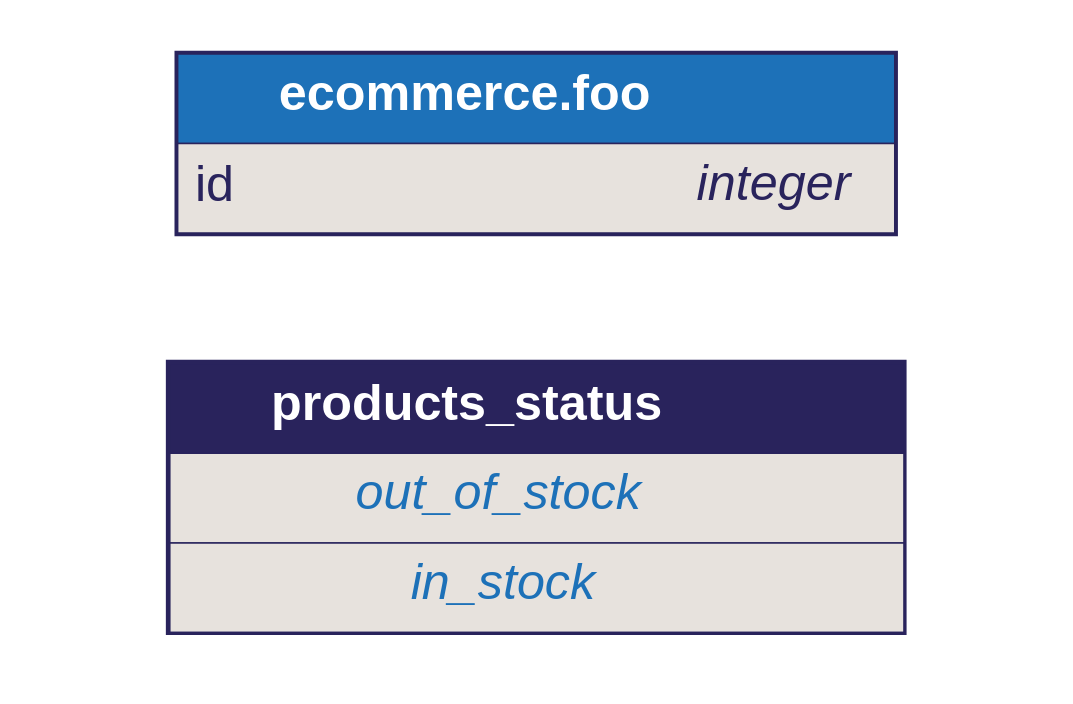
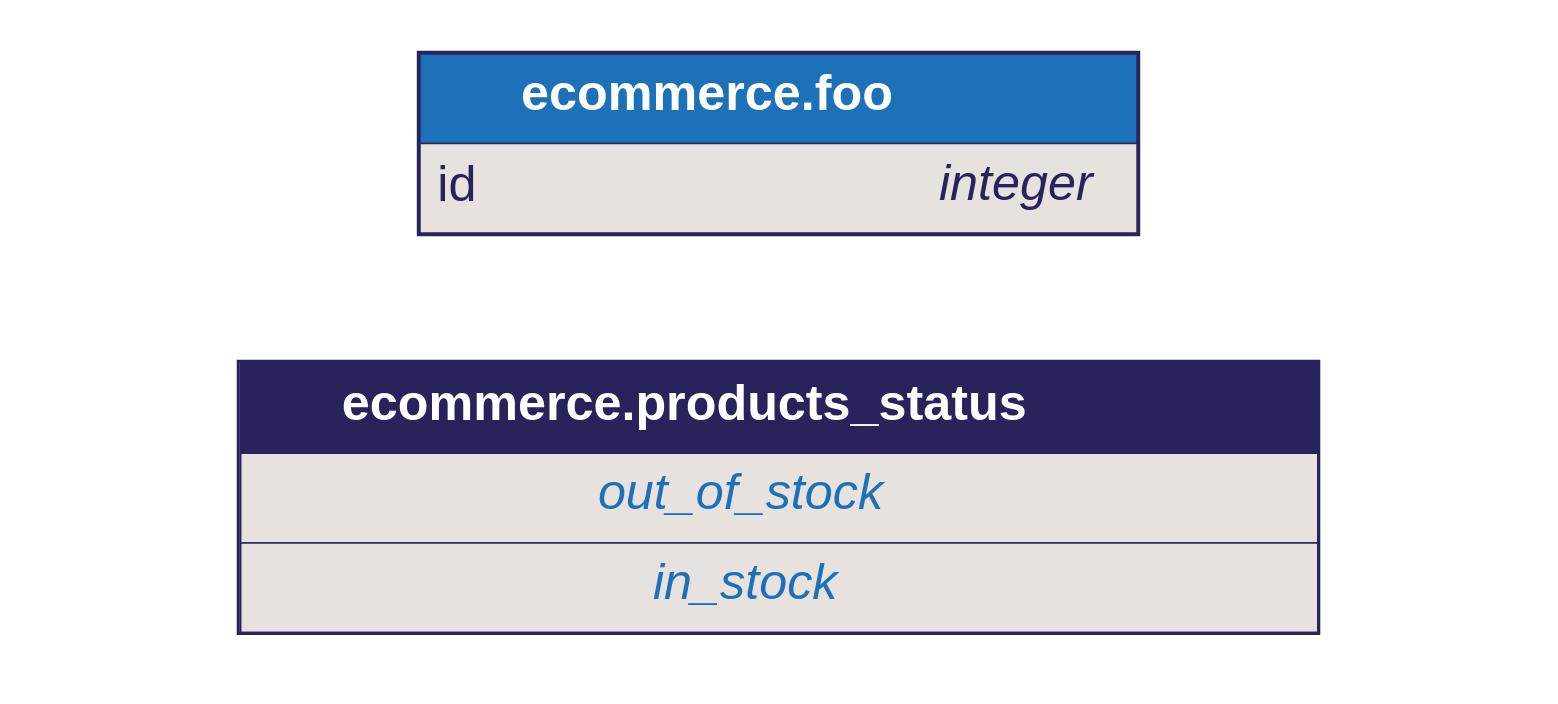
One commit to softwaretechnik-berlin/dbml-renderer changed the diagram in examples/issue-26.dbml.dot. Above: the diagram before and after it, drawn with Graphviz. The commit also changed 14 other files, not shown here.

First line of the commit message:
Render schema name when rendering enum

```diff
--- a/examples/issue-26.dbml.dot
+++ b/examples/issue-26.dbml.dot
@@ -1,26 +1,26 @@
 digraph dbml {
       rankdir=LR;
       graph [fontname="helvetica", fontsize=32, fontcolor="#29235c", bgcolor="transparent"];
       node [penwidth=0, margin=0, fontname="helvetica", fontsize=32, fontcolor="#29235c"];
       edge [fontname="helvetica", fontsize=32, fontcolor="#29235c", color="#29235c"];
 
-      "products_status" [id=products_status;label=<<TABLE BORDER="2" COLOR="#29235c" CELLBORDER="1" CELLSPACING="0" CELLPADDING="10">
-    <TR><TD PORT="f0" BGCOLOR="#29235c"><FONT COLOR="#ffffff"><B>       products_status       </B></FONT></TD></TR>
+      "ecommerce.products_status" [id="ecommerce.products_status";label=<<TABLE BORDER="2" COLOR="#29235c" CELLBORDER="1" CELLSPACING="0" CELLPADDING="10">
+    <TR><TD PORT="f0" BGCOLOR="#29235c"><FONT COLOR="#ffffff"><B>       ecommerce.products_status       </B></FONT></TD></TR>
     <TR><TD PORT="f0" BGCOLOR="#e7e2dd"><FONT COLOR="#1d71b8"><I>    out_of_stock    </I></FONT></TD></TR>
 <TR><TD PORT="f1" BGCOLOR="#e7e2dd"><FONT COLOR="#1d71b8"><I>    in_stock    </I></FONT></TD></TR>
     </TABLE>>];
       
       "ecommerce.foo" [id="ecommerce.foo";label=<<TABLE BORDER="2" COLOR="#29235c" CELLBORDER="1" CELLSPACING="0" CELLPADDING="10">
       <TR><TD PORT="f0" BGCOLOR="#1d71b8"><FONT COLOR="#ffffff"><B>       ecommerce.foo       </B></FONT></TD></TR>
 <TR><TD ALIGN="LEFT" PORT="f1" BGCOLOR="#e7e2dd">
       <TABLE CELLPADDING="0" CELLSPACING="0" BORDER="0">
         <TR>
           <TD ALIGN="LEFT">id    </TD>
           <TD ALIGN="RIGHT"><FONT><I>integer</I></FONT></TD>
         </TR>
       </TABLE>
     </TD></TR>
     </TABLE>>];
       
       
     }
```
